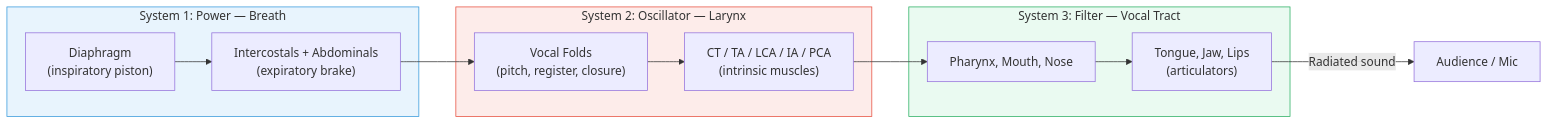
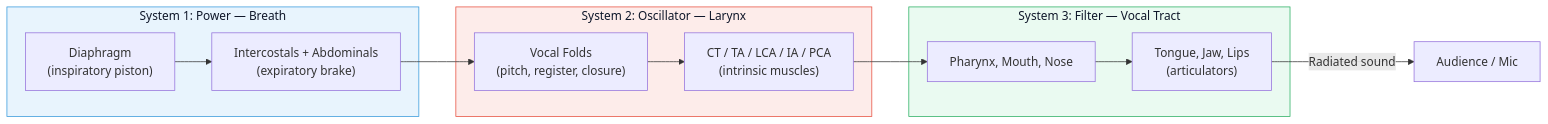
Before and after one commit to blebleblee/synapse: the first of 5 diagrams in topics/arts/music_performance/vocals/lesson_01_vocal_anatomy.md, drawn with Mermaid. The commit also changed other lines of this file and 1464 other files, not shown here.

Commit message:
feat(release): curriculum vector mermaid upgrade, render hardening, and master synpack

````diff
--- a/topics/arts/music_performance/vocals/lesson_01_vocal_anatomy.md
+++ b/topics/arts/music_performance/vocals/lesson_01_vocal_anatomy.md
@@ -17,24 +17,24 @@
 ```mermaid
 flowchart LR
     subgraph sub_power ["System 1: Power — Breath"]
         A["Diaphragm<br/>(inspiratory piston)"]
         B["Intercostals + Abdominals<br/>(expiratory brake)"]
     end
 
     subgraph sub_oscillator ["System 2: Oscillator — Larynx"]
         C["Vocal Folds<br/>(pitch, register, closure)"]
         D["CT / TA / LCA / IA / PCA<br/>(intrinsic muscles)"]
     end
 
     subgraph sub_filter ["System 3: Filter — Vocal Tract"]
         E["Pharynx, Mouth, Nose"]
         F["Tongue, Jaw, Lips<br/>(articulators)"]
     end
 
     A --> B --> C --> D --> E --> F
     F -->|"Radiated sound"| G["Audience / Mic"]
 
-    style sub_power fill:#e8f4fd,stroke:#3498db
-    style sub_oscillator fill:#fdecea,stroke:#e74c3c
-    style sub_filter fill:#eafaf1,stroke:#27ae60
+    style sub_power fill:#e8f4fd,stroke:#3498db,color:#0f172a
+    style sub_oscillator fill:#fdecea,stroke:#e74c3c,color:#0f172a
+    style sub_filter fill:#eafaf1,stroke:#27ae60,color:#0f172a
 ```
````
